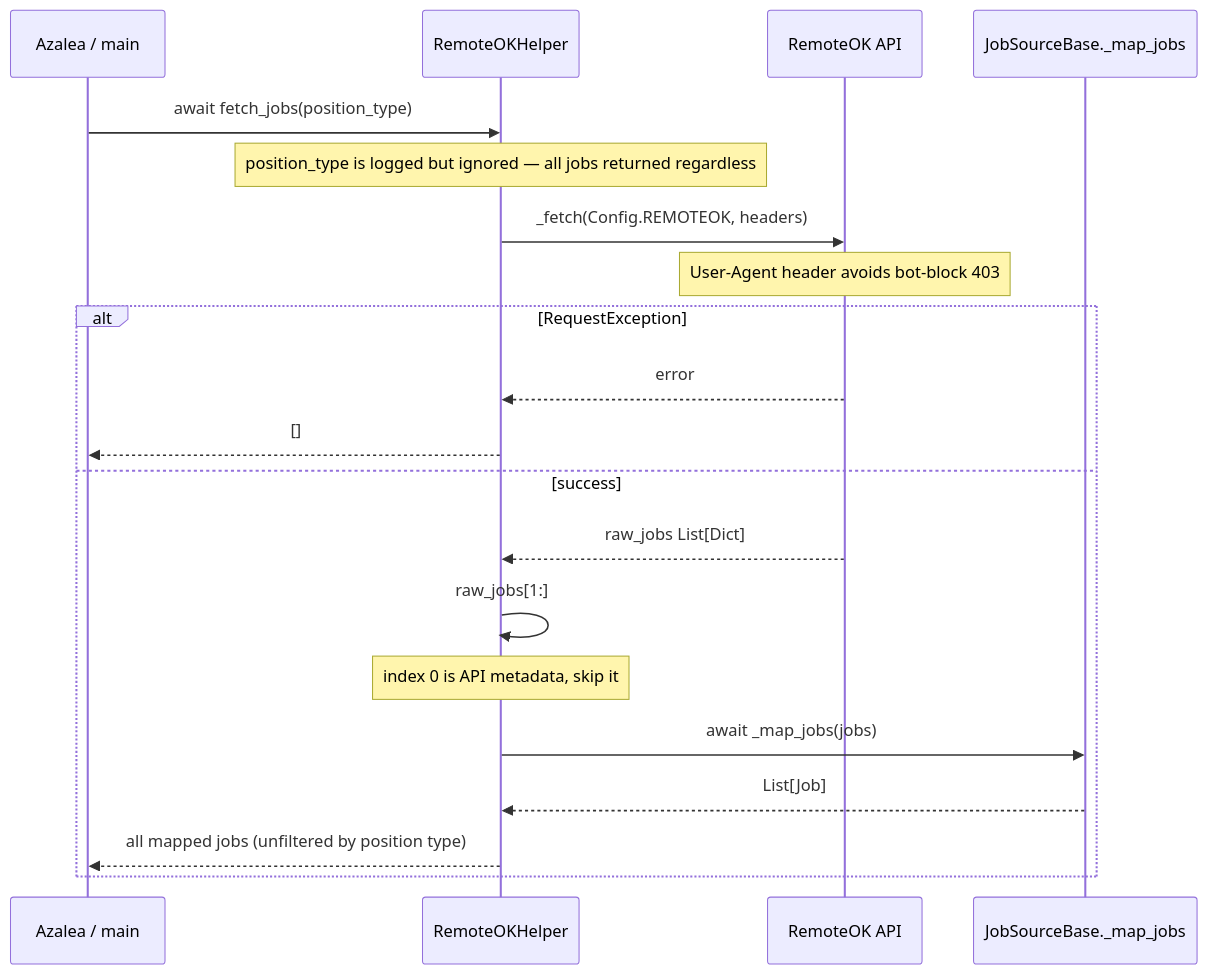
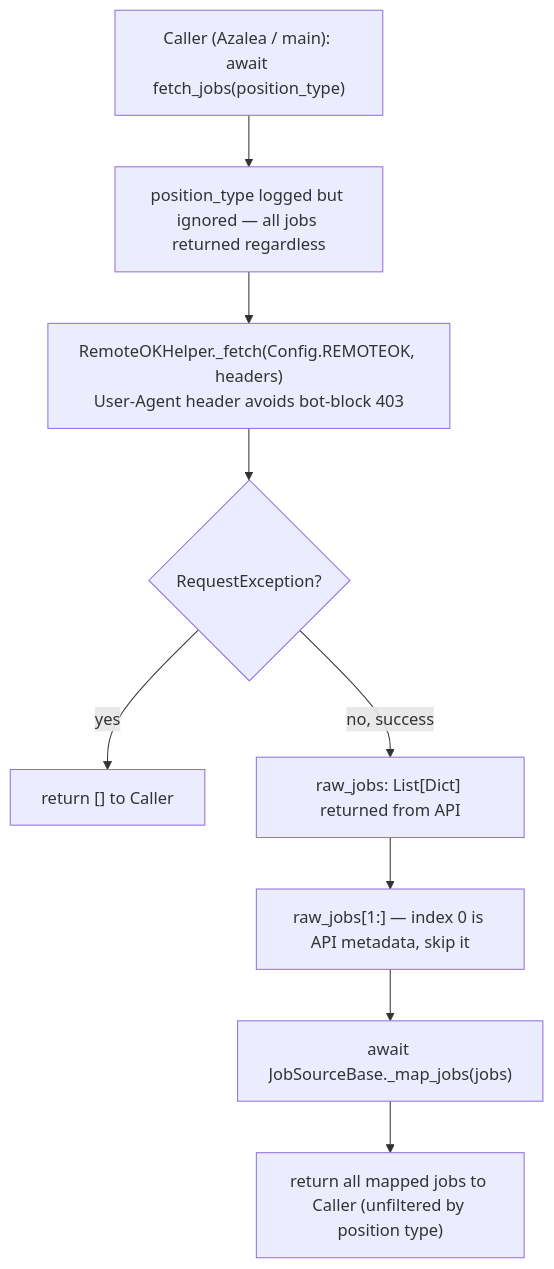
The first of 2 diagrams in potential/remote_seq.md (AustinDwomoh/libra), drawn with Mermaid before and after one commit. The commit also changed other lines of this file and 27 other files, not shown here.

````diff
--- a/potential/remote_seq.md
+++ b/potential/remote_seq.md
@@ -1,29 +1,16 @@
 ```mermaid
-%% sequenceDiagram — fetch_jobs (fetch, strip metadata, map)
+%% flowchart — fetch_jobs (fetch, strip metadata, map)
 %% BUG: position_type parameter is accepted but never used for filtering.
 %% RemoteOK API has no type filter; _map_job infers role_type from tags only.
 %% fetch_from_source also calls helper.fetch_jobs() with no args (case _),
 %% so position_type is dropped before it even reaches this method.
-sequenceDiagram
-    participant Caller as Azalea / main
-    participant RO as RemoteOKHelper
-    participant API as RemoteOK API
-    participant Base as JobSourceBase._map_jobs
-
-    Caller->>RO: await fetch_jobs(position_type)
-    Note over RO: position_type is logged but ignored — all jobs returned regardless
-    RO->>API: _fetch(Config.REMOTEOK, headers)
-    Note over API: User-Agent header avoids bot-block 403
-
-    alt RequestException
-        API-->>RO: error
-        RO-->>Caller: []
-    else success
-        API-->>RO: raw_jobs List[Dict]
-        RO->>RO: raw_jobs[1:]
-        Note over RO: index 0 is API metadata, skip it
-        RO->>Base: await _map_jobs(jobs)
-        Base-->>RO: List[Job]
-        RO-->>Caller: all mapped jobs (unfiltered by position type)
-    end
+flowchart TD
+    A["Caller (Azalea / main): await fetch_jobs(position_type)"] --> B["position_type logged but ignored — all jobs returned regardless"]
+    B --> C["RemoteOKHelper._fetch(Config.REMOTEOK, headers)<br/>User-Agent header avoids bot-block 403"]
+    C --> D{RequestException?}
+    D -->|yes| E["return [] to Caller"]
+    D -->|no, success| F["raw_jobs: List[Dict] returned from API"]
+    F --> G["raw_jobs[1:] — index 0 is API metadata, skip it"]
+    G --> H["await JobSourceBase._map_jobs(jobs)"]
+    H --> I["return all mapped jobs to Caller (unfiltered by position type)"]
 ```
````
